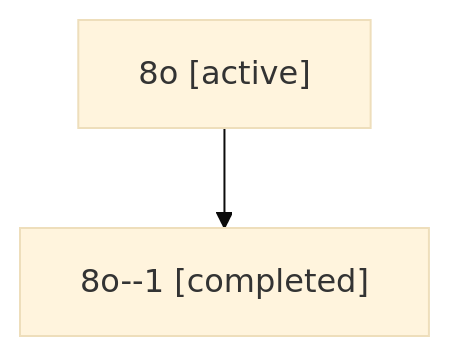
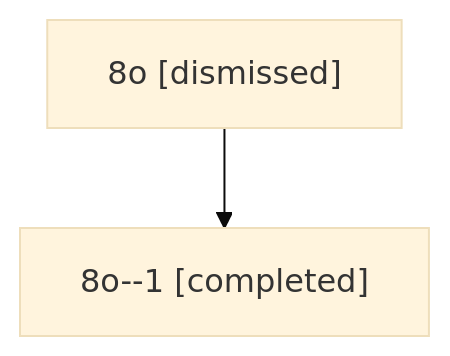
The diagram in sessions/bbugyi200.athena.8o.md (sase-org/sase--agents), drawn with Mermaid (base theme) before and after one commit. The commit also changed other lines of this file and 18 other files, not shown here.

````diff
--- a/sessions/bbugyi200.athena.8o.md
+++ b/sessions/bbugyi200.athena.8o.md
@@ -9,6 +9,6 @@
 ```mermaid
 flowchart TD
-  n0["8o [active]"]
+  n0["8o [dismissed]"]
   n1["8o--1 [completed]"]
   n0 --> n1
 ```
````
